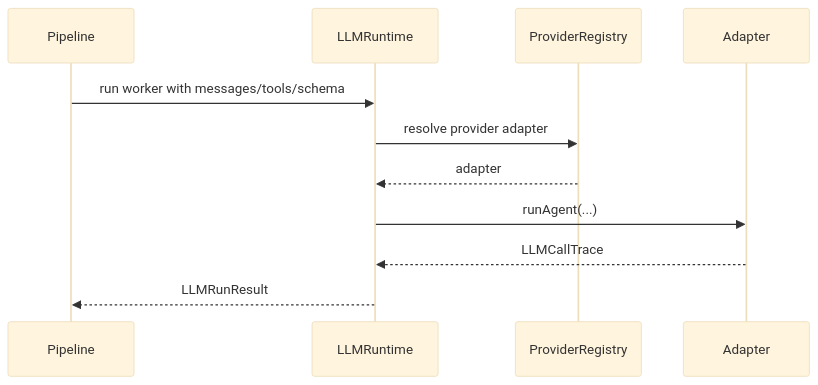
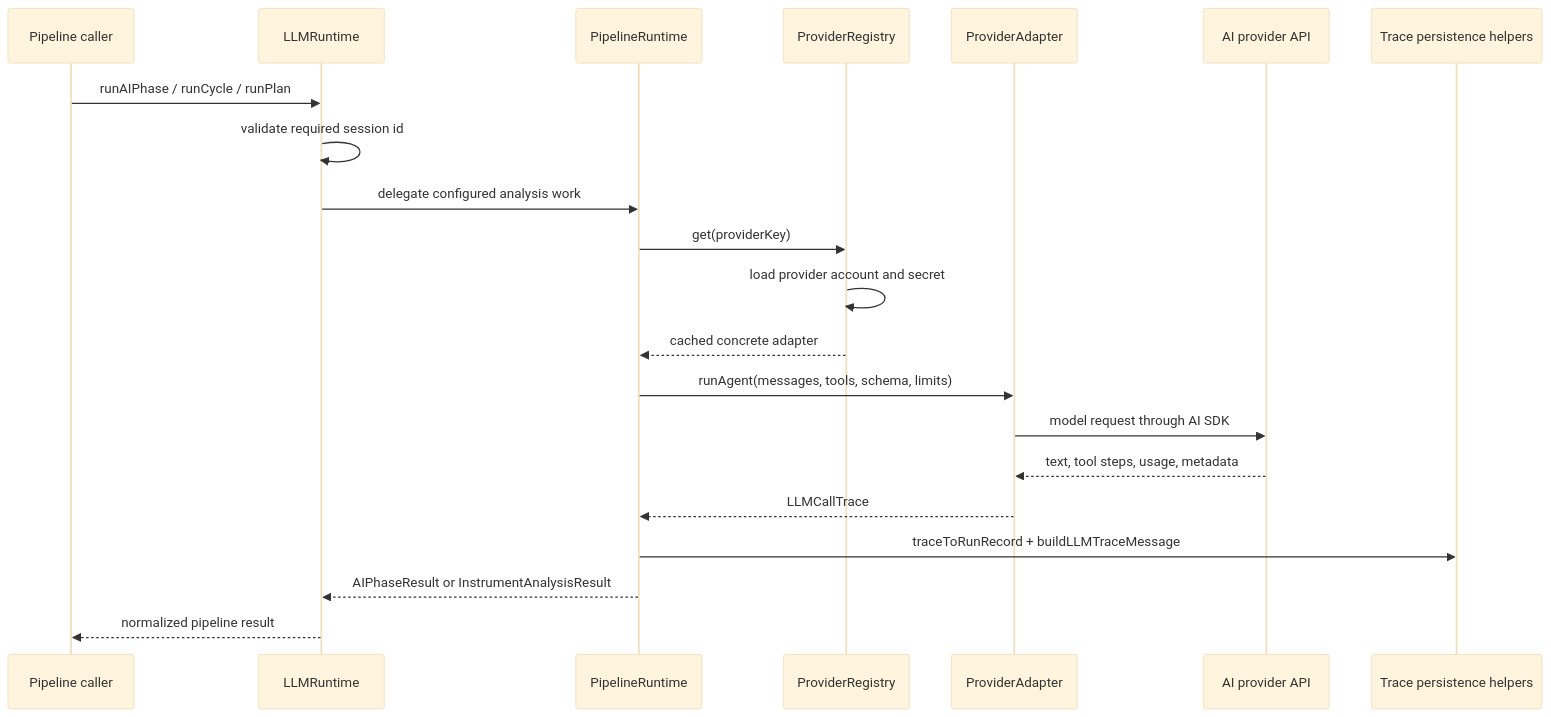
The diagram in electron/main/services/llm/README.md (KennethAtchon/Exva), drawn with Mermaid (base theme) before and after one commit. The commit also changed other lines of this file and 40 other files, not shown here.

````diff
--- a/electron/main/services/llm/README.md
+++ b/electron/main/services/llm/README.md
@@ -15,13 +20,24 @@
 ```mermaid
 sequenceDiagram
-    participant Pipeline
+    participant Caller as Pipeline caller
     participant Runtime as LLMRuntime
+    participant Pipeline as PipelineRuntime
     participant Registry as ProviderRegistry
-    participant Adapter
-    Pipeline->>Runtime: run worker with messages/tools/schema
-    Runtime->>Registry: resolve provider adapter
-    Registry-->>Runtime: adapter
-    Runtime->>Adapter: runAgent(...)
-    Adapter-->>Runtime: LLMCallTrace
-    Runtime-->>Pipeline: LLMRunResult
+    participant Adapter as ProviderAdapter
+    participant Provider as AI provider API
+    participant Trace as Trace persistence helpers
+
+    Caller->>Runtime: runAIPhase / runCycle / runPlan
+    Runtime->>Runtime: validate required session id
+    Runtime->>Pipeline: delegate configured analysis work
+    Pipeline->>Registry: get(providerKey)
+    Registry->>Registry: load provider account and secret
+    Registry-->>Pipeline: cached concrete adapter
+    Pipeline->>Adapter: runAgent(messages, tools, schema, limits)
+    Adapter->>Provider: model request through AI SDK
+    Provider-->>Adapter: text, tool steps, usage, metadata
+    Adapter-->>Pipeline: LLMCallTrace
+    Pipeline->>Trace: traceToRunRecord + buildLLMTraceMessage
+    Pipeline-->>Runtime: AIPhaseResult or InstrumentAnalysisResult
+    Runtime-->>Caller: normalized pipeline result
 ```
````
